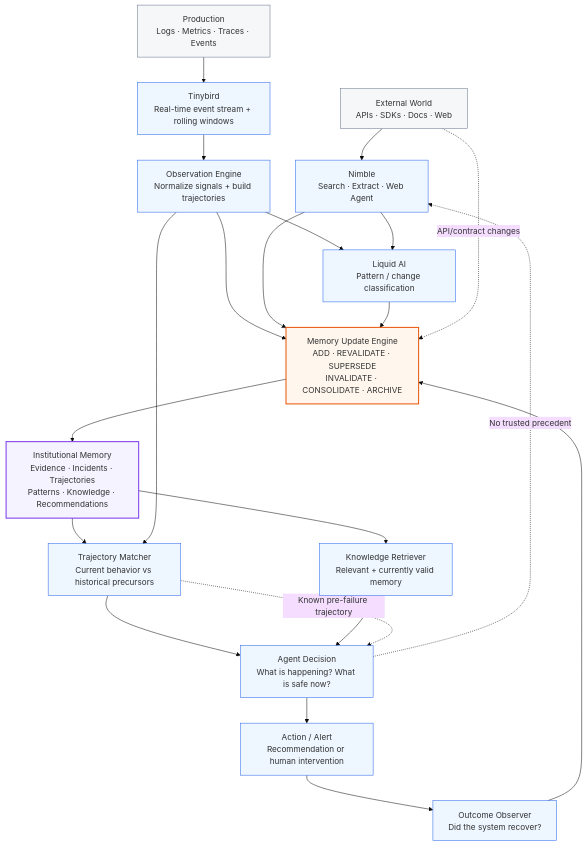
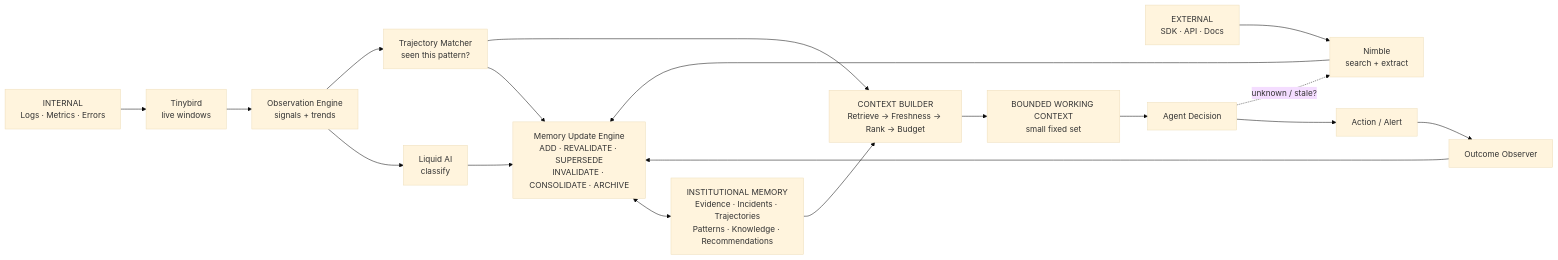
The first of 12 diagrams in docs/interactive-memory-architecture.md (arushivashist/horizon-hack), drawn with Mermaid (base theme) before and after one commit. The commit also changed other lines of this file, not shown here.

Commit message:
Clarify full flow, institutional memory and bounded context

````diff
--- a/docs/interactive-memory-architecture.md
+++ b/docs/interactive-memory-architecture.md
@@ -15,52 +20,37 @@
 ```mermaid
-flowchart TB
-    EXT["External World<br/>APIs · SDKs · Docs · Web"]:::source
-    PROD["Production<br/>Logs · Metrics · Traces · Events"]:::source
-    TB["Tinybird<br/>Real-time event stream + rolling windows"]:::component
-    OBS["Observation Engine<br/>Normalize signals + build trajectories"]:::component
-    NIM["Nimble<br/>Search · Extract · Web Agent"]:::component
-    LIQ["Liquid AI<br/>Pattern / change classification"]:::component
-    MUE["Memory Update Engine<br/>ADD · REVALIDATE · SUPERSEDE<br/>INVALIDATE · CONSOLIDATE · ARCHIVE"]:::core
-    MEM["Institutional Memory<br/>Evidence · Incidents · Trajectories<br/>Patterns · Knowledge · Recommendations"]:::memory
-    TM["Trajectory Matcher<br/>Current behavior vs historical precursors"]:::component
-    KR["Knowledge Retriever<br/>Relevant + currently valid memory"]:::component
-    DEC["Agent Decision<br/>What is happening? What is safe now?"]:::component
-    ACT["Action / Alert<br/>Recommendation or human intervention"]:::component
-    OUT["Outcome Observer<br/>Did the system recover?"]:::component
+flowchart LR
+    INT["INTERNAL<br/>Logs · Metrics · Errors"] --> TB["Tinybird<br/>live windows"]
+    TB --> OBS["Observation Engine<br/>signals + trends"]
+    OBS --> LIQ["Liquid AI<br/>classify"]
+    OBS --> TM["Trajectory Matcher<br/>seen this pattern?"]
 
-    EXT --> NIM
-    PROD --> TB --> OBS
-    OBS --> LIQ
-    OBS --> MUE
-    NIM --> LIQ
+    EXT["EXTERNAL<br/>SDK · API · Docs"] --> NIM["Nimble<br/>search + extract"]
+
+    LIQ --> MUE["Memory Update Engine<br/>ADD · REVALIDATE · SUPERSEDE<br/>INVALIDATE · CONSOLIDATE · ARCHIVE"]
+    TM --> MUE
     NIM --> MUE
-    LIQ --> MUE
-    MUE --> MEM
-    MEM --> TM
-    MEM --> KR
-    OBS --> TM
-    TM --> DEC
-    KR --> DEC
-    DEC --> ACT --> OUT
+
+    MUE <--> MEM["INSTITUTIONAL MEMORY<br/>Evidence · Incidents · Trajectories<br/>Patterns · Knowledge · Recommendations"]
+
+    MEM --> CB["CONTEXT BUILDER<br/>Retrieve → Freshness → Rank → Budget"]
+    TM --> CB
+    CB --> WC["BOUNDED WORKING CONTEXT<br/>small fixed set"]
+    WC --> DEC["Agent Decision"]
+    DEC --> ACT["Action / Alert"]
+    ACT --> OUT["Outcome Observer"]
     OUT --> MUE
-    EXT -. "API/contract changes" .-> MUE
-    TM -. "Known pre-failure trajectory" .-> DEC
-    DEC -. "No trusted precedent" .-> NIM
+
+    DEC -. "unknown / stale?" .-> NIM
 
     click TB "#tinybird"
     click OBS "#observation-engine"
+    click LIQ "#liquid-ai"
+    click TM "#trajectory-matcher"
     click NIM "#nimble"
-    click LIQ "#liquid-ai"
     click MUE "#memory-update-engine"
     click MEM "#institutional-memory"
-    click TM "#trajectory-matcher"
-    click KR "#knowledge-retriever"
+    click CB "#context-builder"
     click DEC "#agent-decision"
     click ACT "#action--alert"
     click OUT "#outcome-observer"
-
-    classDef source fill:#f6f7f9,stroke:#64748b;
-    classDef component fill:#eef6ff,stroke:#2563eb;
-    classDef core fill:#fff7ed,stroke:#ea580c,stroke-width:2px;
-    classDef memory fill:#f5f3ff,stroke:#7c3aed,stroke-width:2px;
 ```
````
